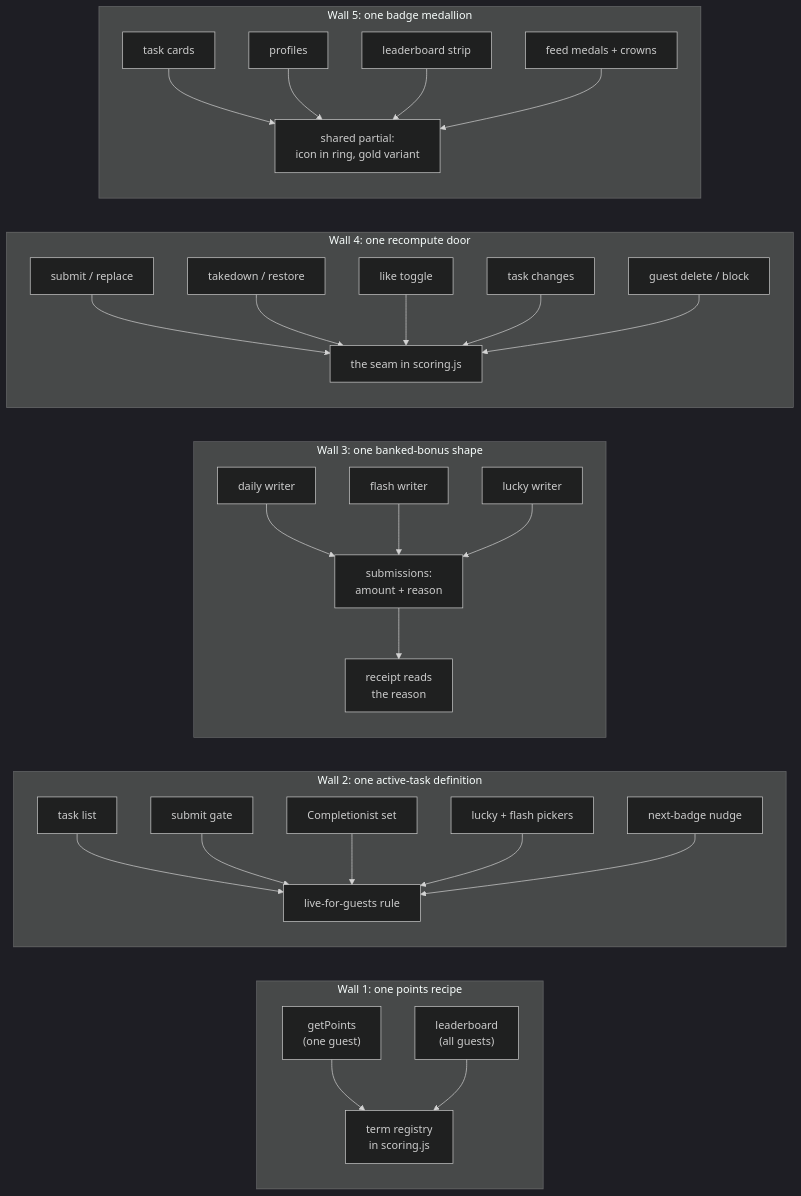
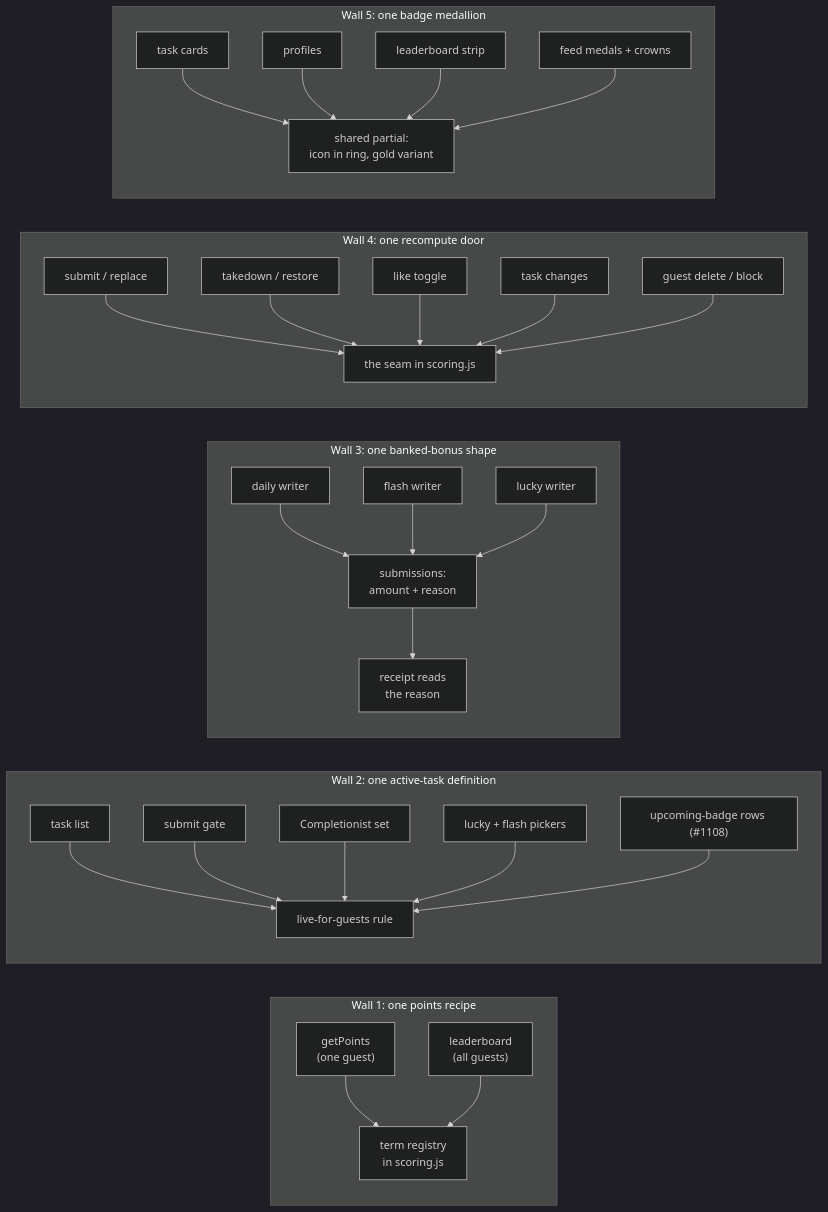
One commit to TrevorHumble/TaskMasterWedding changed the fourth of 4 diagrams in docs/game-design-points-badges.md. Above: the diagram before and after it, drawn with Mermaid (dark theme). The commit also changed other lines of this file and 10 other files, not shown here.

````diff
--- a/docs/game-design-points-badges.md
+++ b/docs/game-design-points-badges.md
@@ -371,42 +378,42 @@
 ```mermaid
 flowchart LR
   subgraph W1["Wall 1: one points recipe"]
     P0["term registry<br/>in scoring.js"]
     P1["getPoints<br/>(one guest)"] --> P0
     P2["leaderboard<br/>(all guests)"] --> P0
   end
 
   subgraph W2["Wall 2: one active-task definition"]
     A0["live-for-guests rule"]
     A1["task list"] --> A0
     A2["submit gate"] --> A0
     A3["Completionist set"] --> A0
     A4["lucky + flash pickers"] --> A0
-    A5["next-badge nudge"] --> A0
+    A5["upcoming-badge rows (#1108)"] --> A0
   end
 
   subgraph W3["Wall 3: one banked-bonus shape"]
     B0["submissions:<br/>amount + reason"]
     B1["daily writer"] --> B0
     B2["flash writer"] --> B0
     B3["lucky writer"] --> B0
     B0 --> B4["receipt reads<br/>the reason"]
   end
 
   subgraph W4["Wall 4: one recompute door"]
     R0["the seam in scoring.js"]
     R1["submit / replace"] --> R0
     R2["takedown / restore"] --> R0
     R3["like toggle"] --> R0
     R4["task changes"] --> R0
     R5["guest delete / block"] --> R0
   end
 
   subgraph W5["Wall 5: one badge medallion"]
     M0["shared partial:<br/>icon in ring, gold variant"]
     M1["task cards"] --> M0
     M2["profiles"] --> M0
     M3["leaderboard strip"] --> M0
     M4["feed medals + crowns"] --> M0
   end
 ```
````
